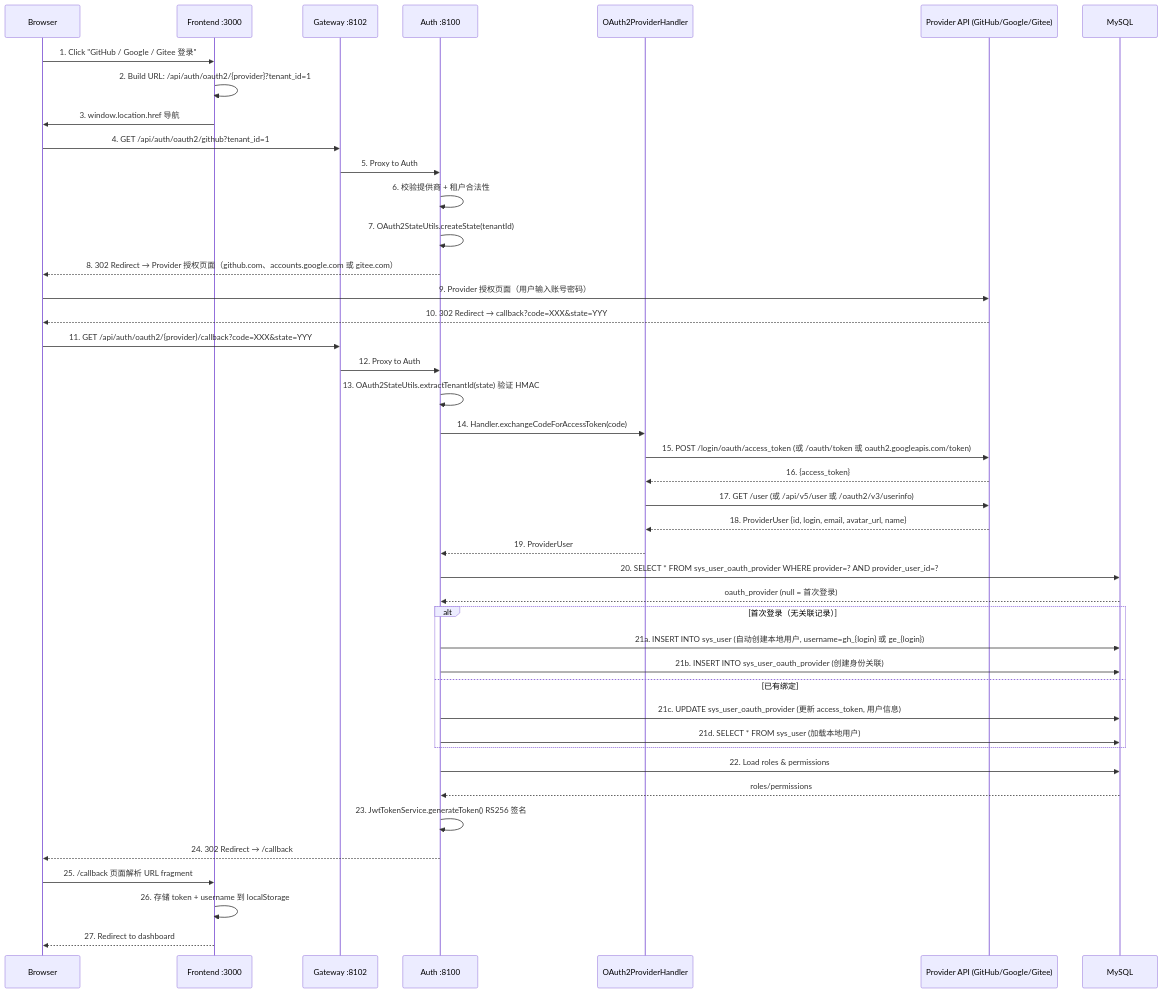
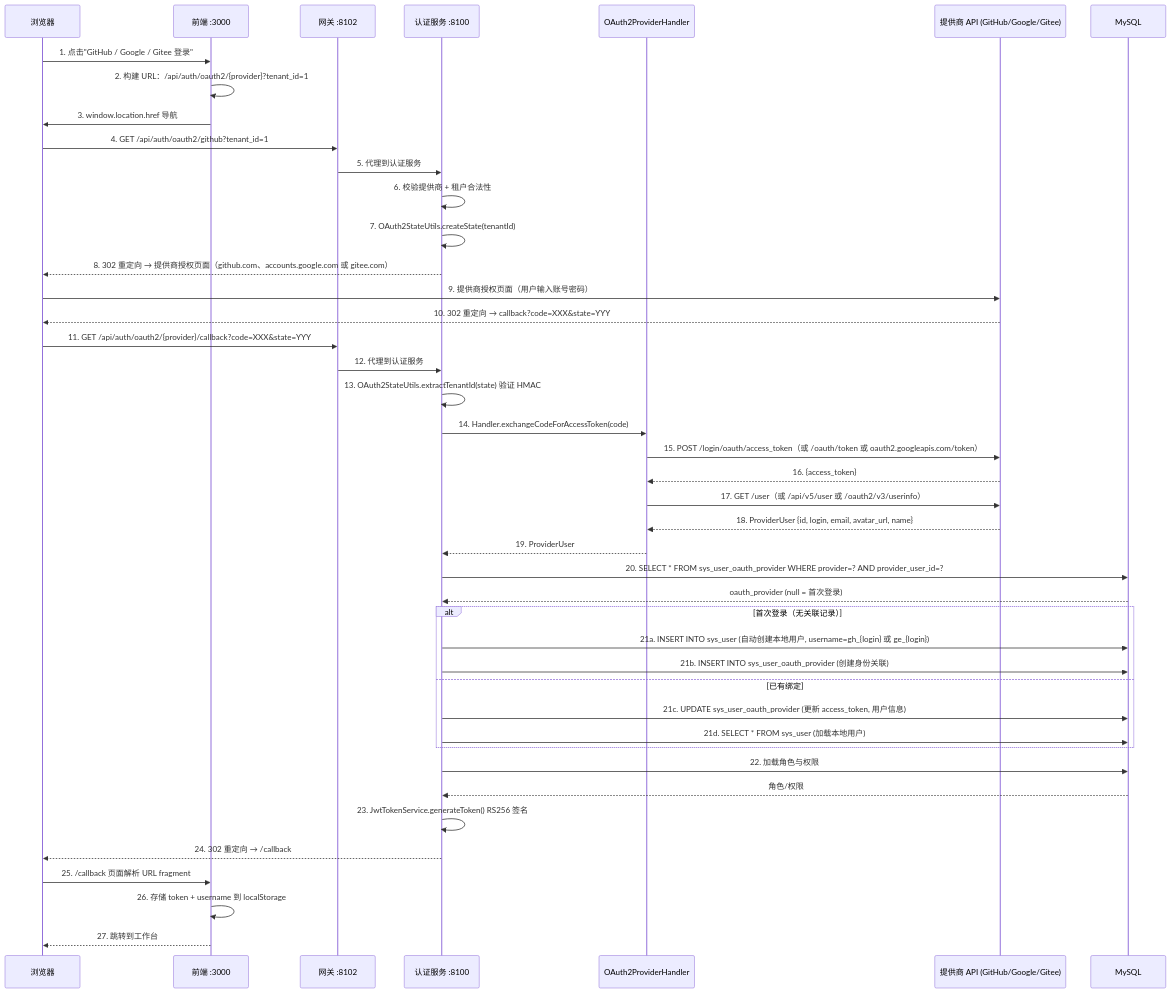
Before and after one commit to wang-baohai/Omni-Stack: the fourth of 12 diagrams in docs/core-flows.md, drawn with Mermaid. The commit also changed other lines of this file and 76 other files, not shown here.

````diff
--- a/docs/core-flows.md
+++ b/docs/core-flows.md
@@ -437,52 +438,52 @@
 ```mermaid
 sequenceDiagram
-    participant B as Browser
-    participant F as Frontend :3000
-    participant G as Gateway :8102
-    participant A as Auth :8100
+    participant B as 浏览器
+    participant F as 前端 :3000
+    participant G as 网关 :8102
+    participant A as 认证服务 :8100
     participant H as OAuth2ProviderHandler
-    participant P as Provider API (GitHub/Google/Gitee)
+    participant P as 提供商 API (GitHub/Google/Gitee)
     participant M as MySQL
 
-    B->>F: 1. Click "GitHub / Google / Gitee 登录"
-    F->>F: 2. Build URL: /api/auth/oauth2/{provider}?tenant_id=1
+    B->>F: 1. 点击"GitHub / Google / Gitee 登录"
+    F->>F: 2. 构建 URL：/api/auth/oauth2/{provider}?tenant_id=1
     F->>B: 3. window.location.href 导航
     B->>G: 4. GET /api/auth/oauth2/github?tenant_id=1
-    G->>A: 5. Proxy to Auth
+    G->>A: 5. 代理到认证服务
     A->>A: 6. 校验提供商 + 租户合法性
     A->>A: 7. OAuth2StateUtils.createState(tenantId)
-    A-->>B: 8. 302 Redirect → Provider 授权页面（github.com、accounts.google.com 或 gitee.com）
+    A-->>B: 8. 302 重定向 → 提供商授权页面（github.com、accounts.google.com 或 gitee.com）
 
-    B->>P: 9. Provider 授权页面（用户输入账号密码）
-    P-->>B: 10. 302 Redirect → callback?code=XXX&state=YYY
+    B->>P: 9. 提供商授权页面（用户输入账号密码）
+    P-->>B: 10. 302 重定向 → callback?code=XXX&state=YYY
     B->>G: 11. GET /api/auth/oauth2/{provider}/callback?code=XXX&state=YYY
-    G->>A: 12. Proxy to Auth
+    G->>A: 12. 代理到认证服务
 
     A->>A: 13. OAuth2StateUtils.extractTenantId(state) 验证 HMAC
     A->>H: 14. Handler.exchangeCodeForAccessToken(code)
-    H->>P: 15. POST /login/oauth/access_token (或 /oauth/token 或 oauth2.googleapis.com/token)
+    H->>P: 15. POST /login/oauth/access_token（或 /oauth/token 或 oauth2.googleapis.com/token）
     P-->>H: 16. {access_token}
-    H->>P: 17. GET /user (或 /api/v5/user 或 /oauth2/v3/userinfo)
+    H->>P: 17. GET /user（或 /api/v5/user 或 /oauth2/v3/userinfo）
     P-->>H: 18. ProviderUser {id, login, email, avatar_url, name}
     H-->>A: 19. ProviderUser
 
     A->>M: 20. SELECT * FROM sys_user_oauth_provider WHERE provider=? AND provider_user_id=?
     M-->>A: oauth_provider (null = 首次登录)
 
     alt 首次登录（无关联记录）
         A->>M: 21a. INSERT INTO sys_user (自动创建本地用户, username=gh_{login} 或 ge_{login})
         A->>M: 21b. INSERT INTO sys_user_oauth_provider (创建身份关联)
     else 已有绑定
         A->>M: 21c. UPDATE sys_user_oauth_provider (更新 access_token, 用户信息)
         A->>M: 21d. SELECT * FROM sys_user (加载本地用户)
     end
 
-    A->>M: 22. Load roles & permissions
-    M-->>A: roles/permissions
+    A->>M: 22. 加载角色与权限
+    M-->>A: 角色/权限
     A->>A: 23. JwtTokenService.generateToken() RS256 签名
-    A-->>B: 24. 302 Redirect → /callback#token=JWT&username=gh_xxx
+    A-->>B: 24. 302 重定向 → /callback#token=JWT&username=gh_xxx
 
     B->>F: 25. /callback 页面解析 URL fragment
     F->>F: 26. 存储 token + username 到 localStorage
-    F-->>B: 27. Redirect to dashboard
+    F-->>B: 27. 跳转到工作台
 ```
````
